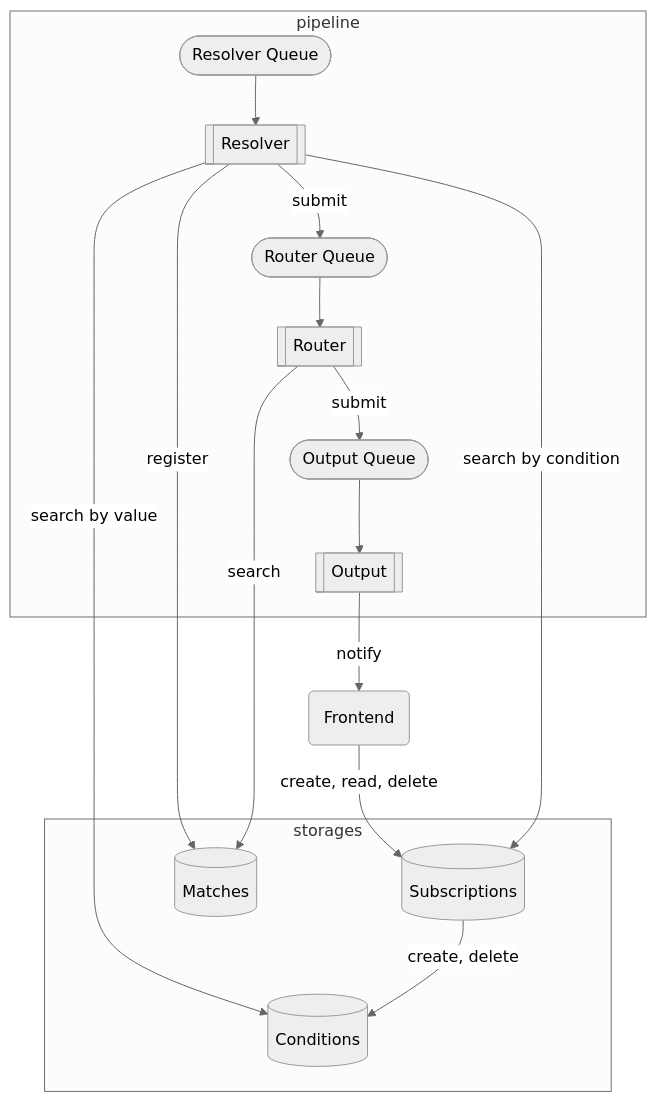
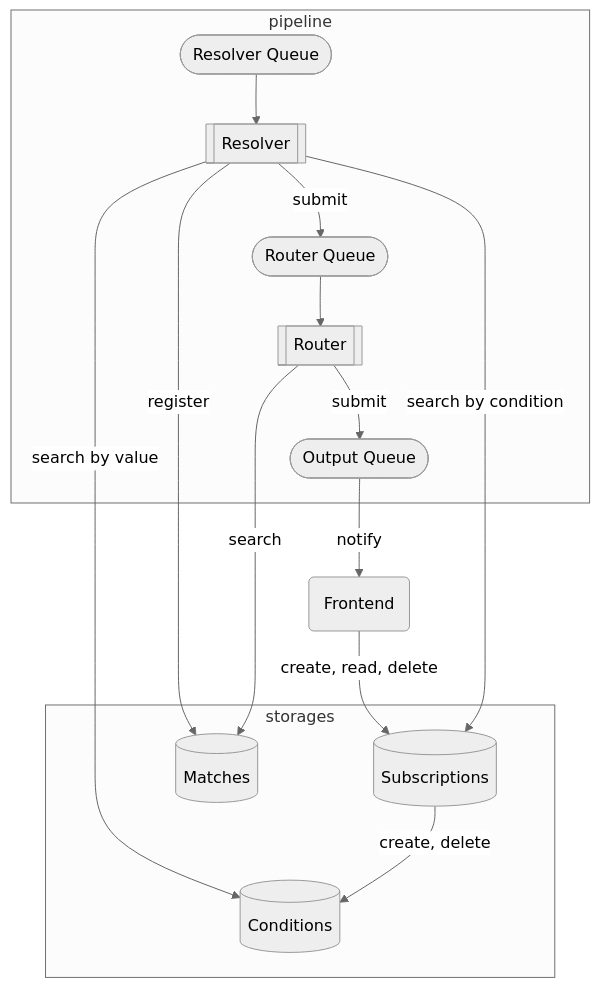
The second of 2 diagrams in profile/README.md (awakari/.github), drawn with Mermaid before and after one commit.

````diff
--- a/profile/README.md
+++ b/profile/README.md
@@ -161,24 +161,23 @@
 ```mermaid
 %%{init: {'theme': 'neutral' } }%%
 flowchart TB
     subgraph pipeline
         resolverQueue([Resolver Queue])
         resolver[[Resolver]]
         routerQueue([Router Queue])
         router[[Router]]
         outputQueue([Output Queue])
-        output[[Output]]
     end
     subgraph storages
         conditions[(Conditions)]
         subscriptions[(Subscriptions)]
         matches[(Matches)]
     end
     frontend(Frontend) -->|create, read, delete| subscriptions
     resolver -->|search by value| conditions
     resolver --> |search by condition| subscriptions
     resolver --> |register| matches
     subscriptions --> |create, delete| conditions
     router --> |search| matches
-    resolverQueue --> resolver -->|submit| routerQueue --> router -->|submit| outputQueue --> output -->|notify| frontend
+    resolverQueue --> resolver -->|submit| routerQueue --> router -->|submit| outputQueue -->|notify| frontend
 ```
````
